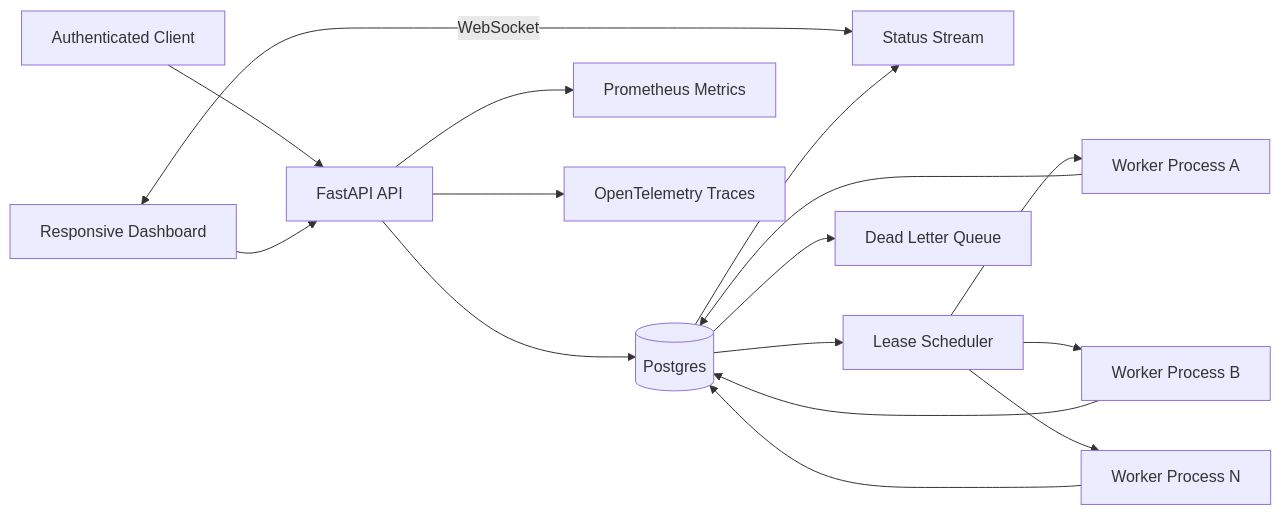
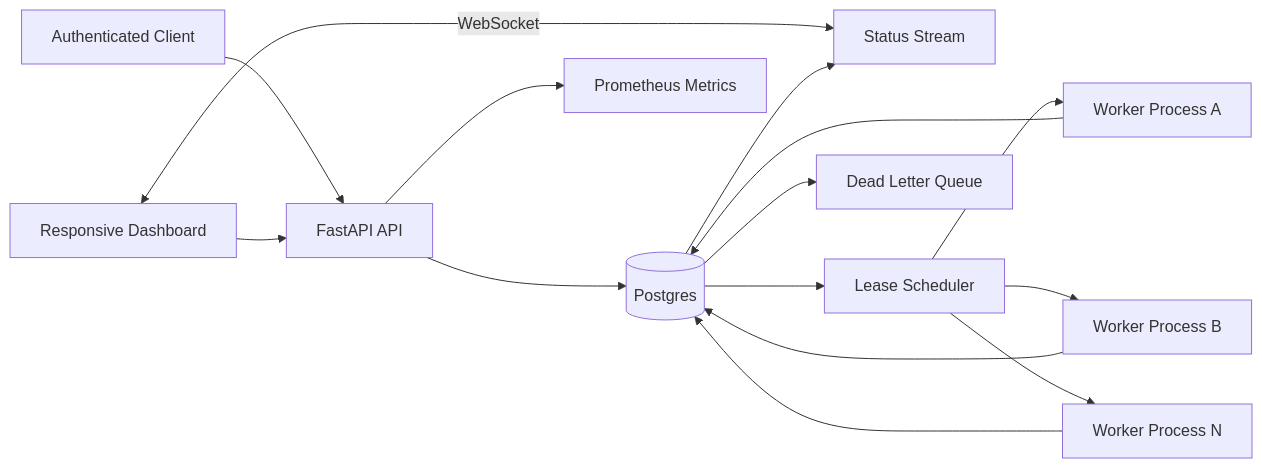
One commit to kamaldeep-backup/reach-assignment changed the first of 2 diagrams in docs/ARCHITECTURE.md. Above: the diagram before and after it, drawn with Mermaid. The commit also changed other lines of this file and 2 other files, not shown here.

Commit message:
docs: align architecture scope with implemented DLQ and observability

````diff
--- a/docs/ARCHITECTURE.md
+++ b/docs/ARCHITECTURE.md
@@ -44,22 +44,20 @@
 ```mermaid
 flowchart LR
   Client[Authenticated Client] --> API[FastAPI API]
   Dashboard[Responsive Dashboard] --> API
   Dashboard <-->|WebSocket| Realtime[Status Stream]
 
   API --> DB[(Postgres)]
   API --> Metrics[Prometheus Metrics]
-  API --> Traces[OpenTelemetry Traces]
-
   DB --> Scheduler[Lease Scheduler]
   Scheduler --> WorkerA[Worker Process A]
   Scheduler --> WorkerB[Worker Process B]
   Scheduler --> WorkerN[Worker Process N]
 
   WorkerA --> DB
   WorkerB --> DB
   WorkerN --> DB
 
   DB --> DLQ[Dead Letter Queue]
   DB --> Realtime
 ```
````
